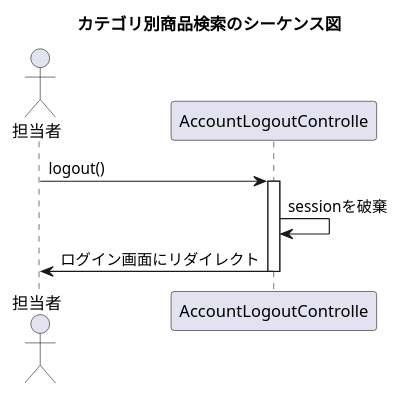
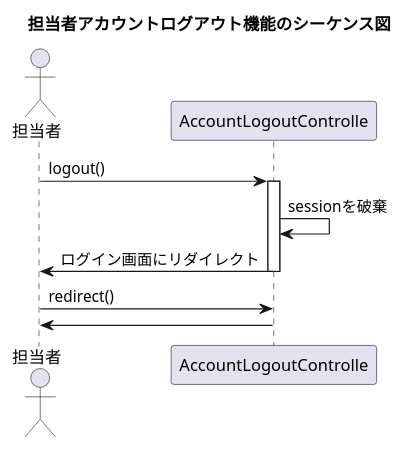
One commit to kanavii3333/ec-b changed the diagram in plan/uml/sequence/uc018.plantuml. Above: the diagram before and after it, drawn with PlantUML. The commit also changed 2 other files, not shown here.

```diff
--- a/plan/uml/sequence/uc018.plantuml
+++ b/plan/uml/sequence/uc018.plantuml
@@ -1,11 +1,12 @@
 @startuml
 
-title カテゴリ別商品検索のシーケンス図
+title 担当者アカウントログアウト機能のシーケンス図
 actor "担当者" as user
 participant "AccountLogoutControlle" as controller
 user -> controller++:logout()
 controller -> controller:sessionを破棄
 controller -> user--:ログイン画面にリダイレクト
-
+user -> controller:redirect()
+controller -> user:
 
 @enduml
```
